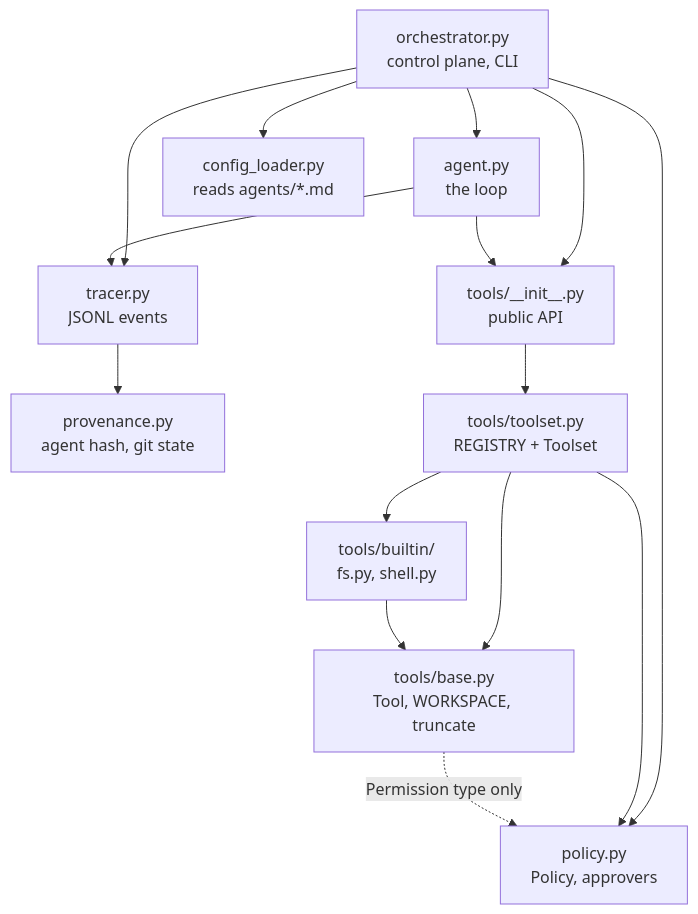
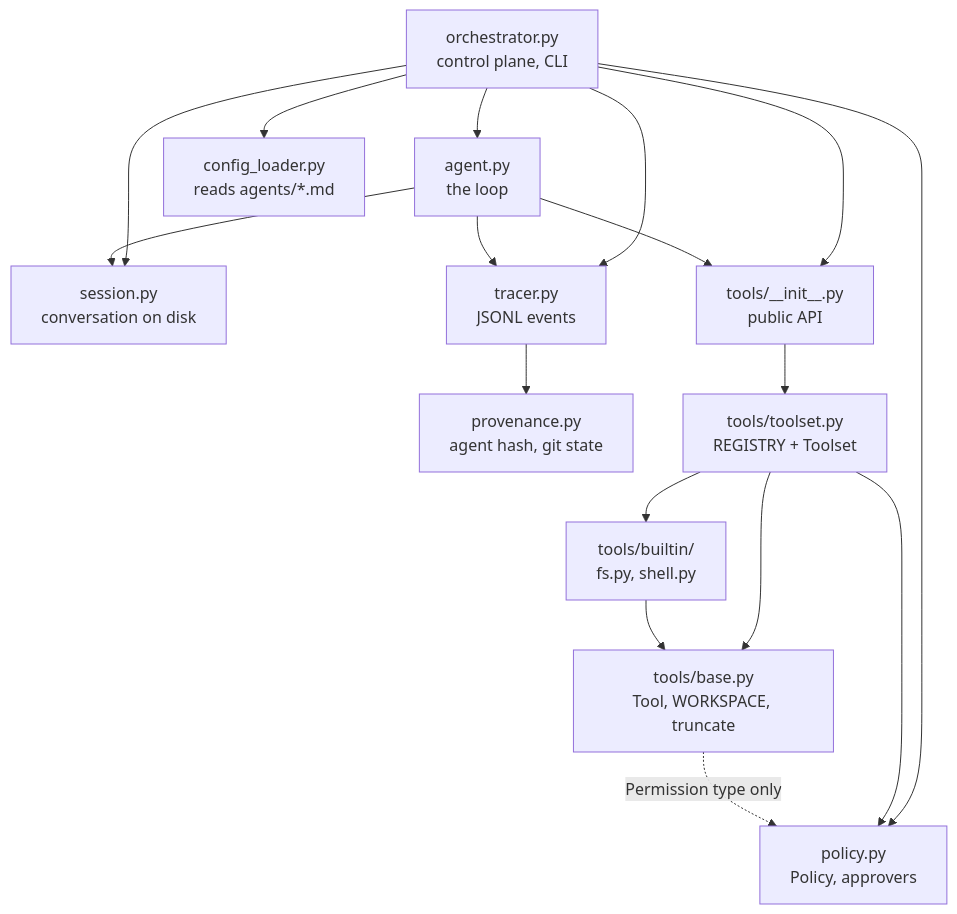
One commit to adgnvtefc/orchestra changed the fourth of 4 diagrams in visual_representation.md. Above: the diagram before and after it, drawn with Mermaid. The commit also changed other lines of this file and 12 other files, not shown here.

````diff
--- a/visual_representation.md
+++ b/visual_representation.md
@@ -224,17 +248,19 @@
 ```mermaid
 flowchart TD
     orch["orchestrator.py<br/>control plane, CLI"] --> agent["agent.py<br/>the loop"]
     orch --> loader["config_loader.py<br/>reads agents/*.md"]
+    orch --> sessionmod["session.py<br/>conversation on disk"]
+    agent --> sessionmod
     orch --> policy["policy.py<br/>Policy, approvers"]
     orch --> tools_api["tools/__init__.py<br/>public API"]
     orch --> tracer["tracer.py<br/>JSONL events"]
     agent --> tracer
     tracer --> prov["provenance.py<br/>agent hash, git state"]
     agent --> tools_api
     tools_api --> toolset["tools/toolset.py<br/>REGISTRY + Toolset"]
     toolset --> policy
     toolset --> builtin["tools/builtin/<br/>fs.py, shell.py"]
     toolset --> base["tools/base.py<br/>Tool, WORKSPACE, truncate"]
     builtin --> base
     base -.->|"Permission type only"| policy
 ```
````
